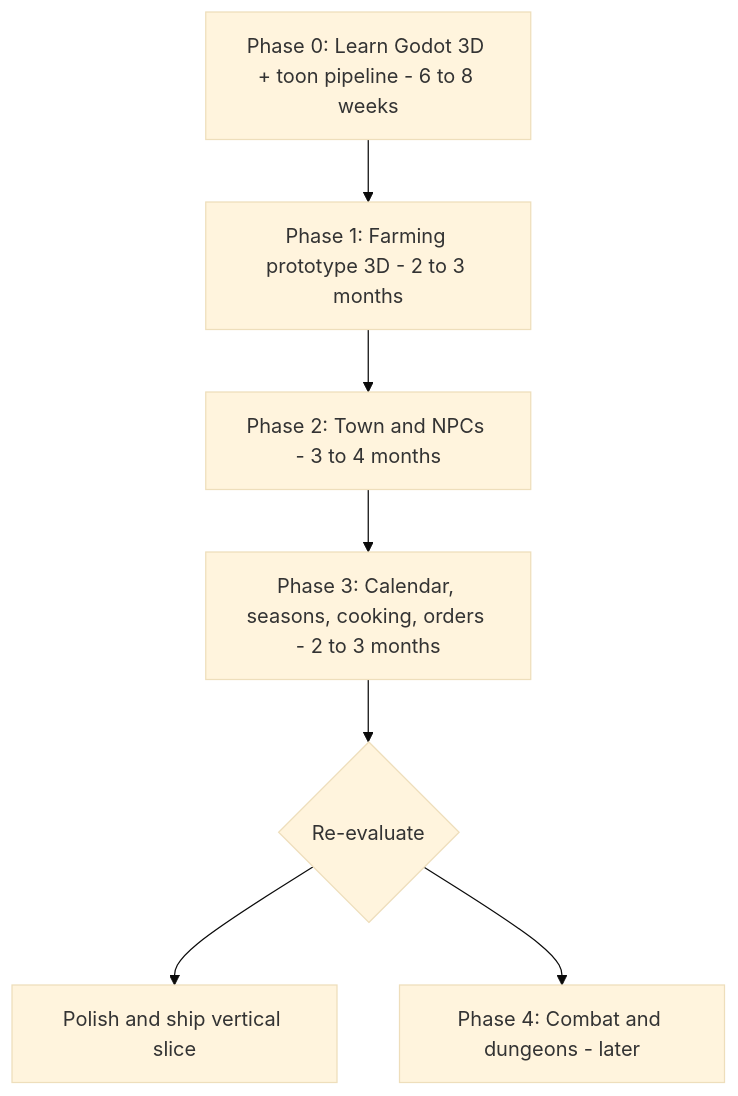
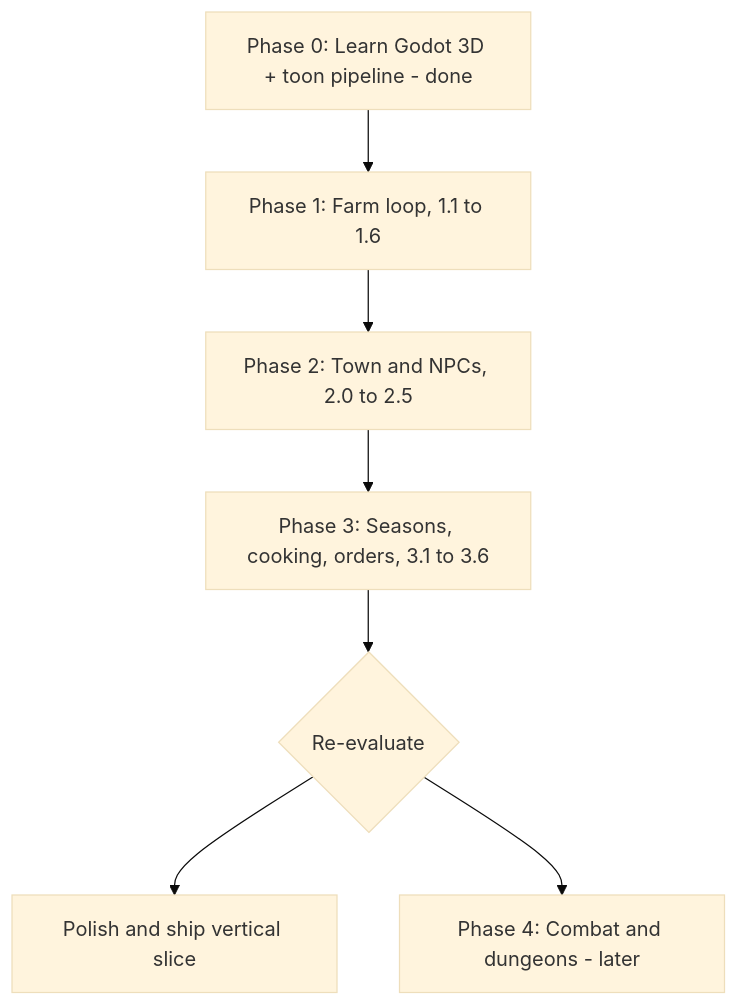
One commit to veloraine/greenrune changed the second of 4 diagrams in docs/plan.md. Above: the diagram before and after it, drawn with Mermaid (base theme). The commit also changed other lines of this file and 19 other files, not shown here.

First line of the commit message:
docs: polish-first phase plan, RF4/Farnia research and agent roadmap

````diff
--- a/docs/plan.md
+++ b/docs/plan.md
@@ -145,9 +145,9 @@
 ```mermaid
 flowchart TD
-    P0[Phase 0: Learn Godot 3D + toon pipeline - 6 to 8 weeks] --> P1[Phase 1: Farming prototype 3D - 2 to 3 months]
-    P1 --> P2[Phase 2: Town and NPCs - 3 to 4 months]
-    P2 --> P3[Phase 3: Calendar, seasons, cooking, orders - 2 to 3 months]
+    P0[Phase 0: Learn Godot 3D + toon pipeline - done] --> P1[Phase 1: Farm loop, 1.1 to 1.6]
+    P1 --> P2[Phase 2: Town and NPCs, 2.0 to 2.5]
+    P2 --> P3[Phase 3: Seasons, cooking, orders, 3.1 to 3.6]
     P3 --> Decide{Re-evaluate}
     Decide --> Polish[Polish and ship vertical slice]
     Decide --> Combat[Phase 4: Combat and dungeons - later]
 ```
````
